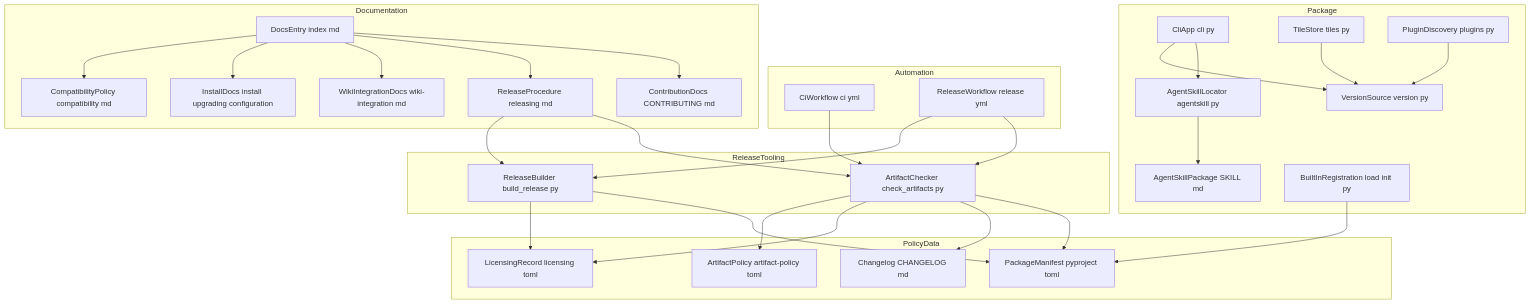
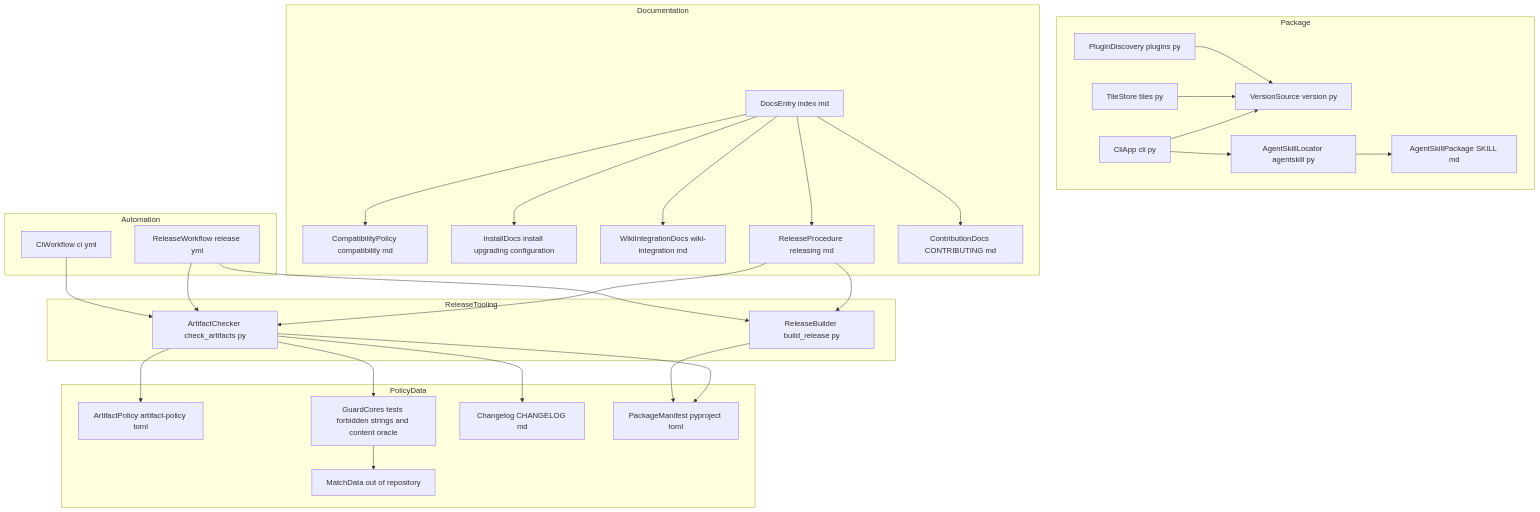
The first of 5 diagrams in .kiro/specs/distribution/design.md (joshua-stauffer/fitdocs), drawn with Mermaid before and after one commit. The commit also changed other lines of this file and 2 other files, not shown here.

````diff
--- a/.kiro/specs/distribution/design.md
+++ b/.kiro/specs/distribution/design.md
@@ -91,57 +92,56 @@
 ```mermaid
 graph TB
     subgraph Automation
         CiWorkflow[CiWorkflow ci yml]
         ReleaseWorkflow[ReleaseWorkflow release yml]
     end
     subgraph ReleaseTooling
         ReleaseBuilder[ReleaseBuilder build_release py]
         ArtifactChecker[ArtifactChecker check_artifacts py]
     end
     subgraph PolicyData
-        LicensingRecord[LicensingRecord licensing toml]
         ArtifactPolicy[ArtifactPolicy artifact-policy toml]
+        MatchData[MatchData out of repository]
+        GuardCores[GuardCores tests forbidden strings and content oracle]
         Changelog[Changelog CHANGELOG md]
         PackageManifest[PackageManifest pyproject toml]
     end
     subgraph Package
         VersionSource[VersionSource version py]
         AgentSkillLocator[AgentSkillLocator agentskill py]
         AgentSkillPackage[AgentSkillPackage SKILL md]
         CliApp[CliApp cli py]
         TileStore[TileStore tiles py]
         PluginDiscovery[PluginDiscovery plugins py]
-        BuiltInRegistration[BuiltInRegistration load init py]
     end
     subgraph Documentation
         DocsEntry[DocsEntry index md]
         CompatibilityPolicy[CompatibilityPolicy compatibility md]
         InstallDocs[InstallDocs install upgrading configuration]
         WikiIntegrationDocs[WikiIntegrationDocs wiki-integration md]
         ReleaseProcedure[ReleaseProcedure releasing md]
         ContributionDocs[ContributionDocs CONTRIBUTING md]
     end
 
     CiWorkflow --> ArtifactChecker
     ReleaseWorkflow --> ReleaseBuilder
     ReleaseWorkflow --> ArtifactChecker
-    ReleaseBuilder --> LicensingRecord
     ReleaseBuilder --> PackageManifest
     ArtifactChecker --> ArtifactPolicy
-    ArtifactChecker --> LicensingRecord
+    ArtifactChecker --> GuardCores
+    GuardCores --> MatchData
     ArtifactChecker --> Changelog
     ArtifactChecker --> PackageManifest
     CliApp --> VersionSource
     CliApp --> AgentSkillLocator
     TileStore --> VersionSource
     PluginDiscovery --> VersionSource
     AgentSkillLocator --> AgentSkillPackage
-    BuiltInRegistration --> PackageManifest
     DocsEntry --> CompatibilityPolicy
     DocsEntry --> InstallDocs
     DocsEntry --> WikiIntegrationDocs
     DocsEntry --> ReleaseProcedure
     DocsEntry --> ContributionDocs
     ReleaseProcedure --> ReleaseBuilder
     ReleaseProcedure --> ArtifactChecker
 ```
````
